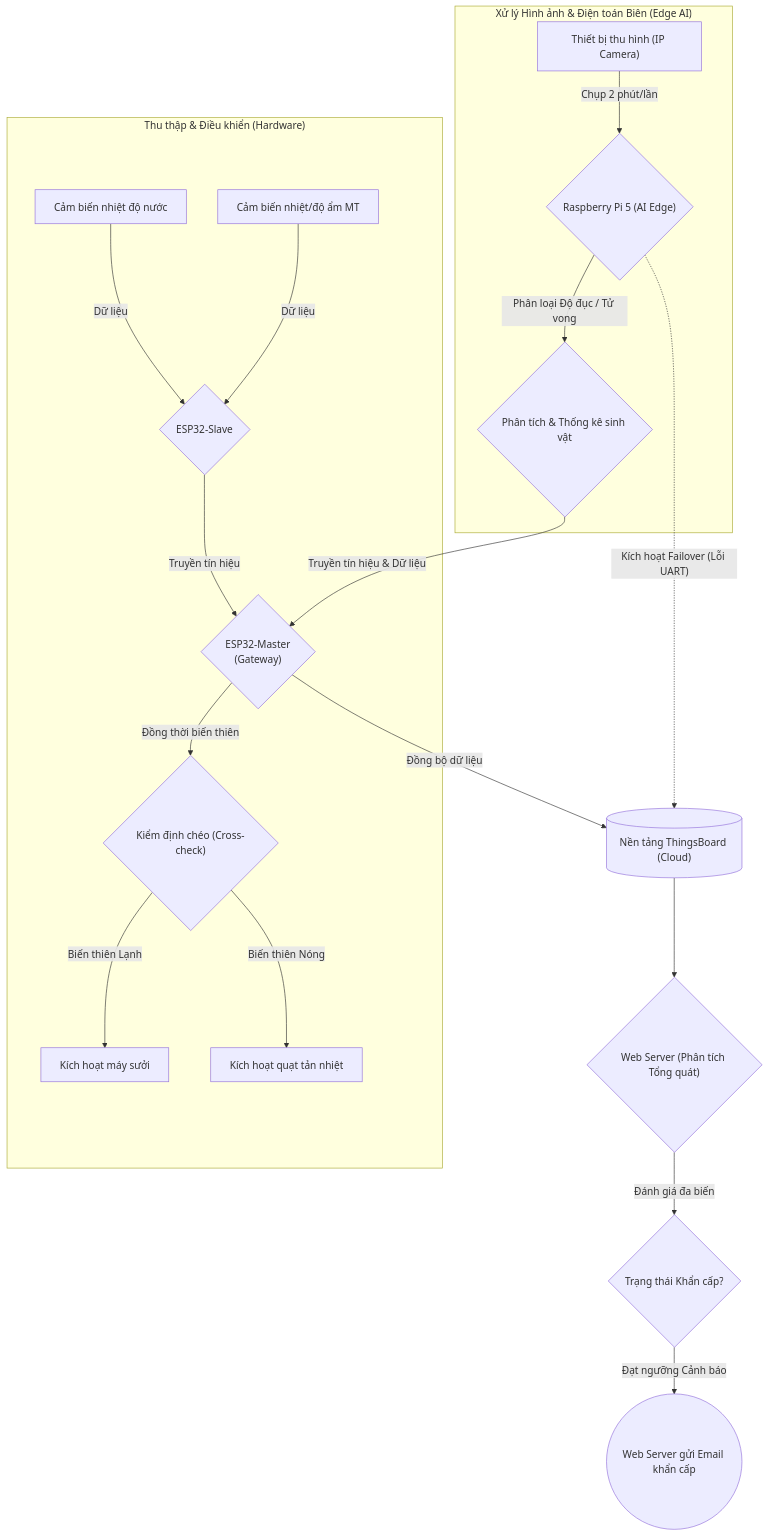
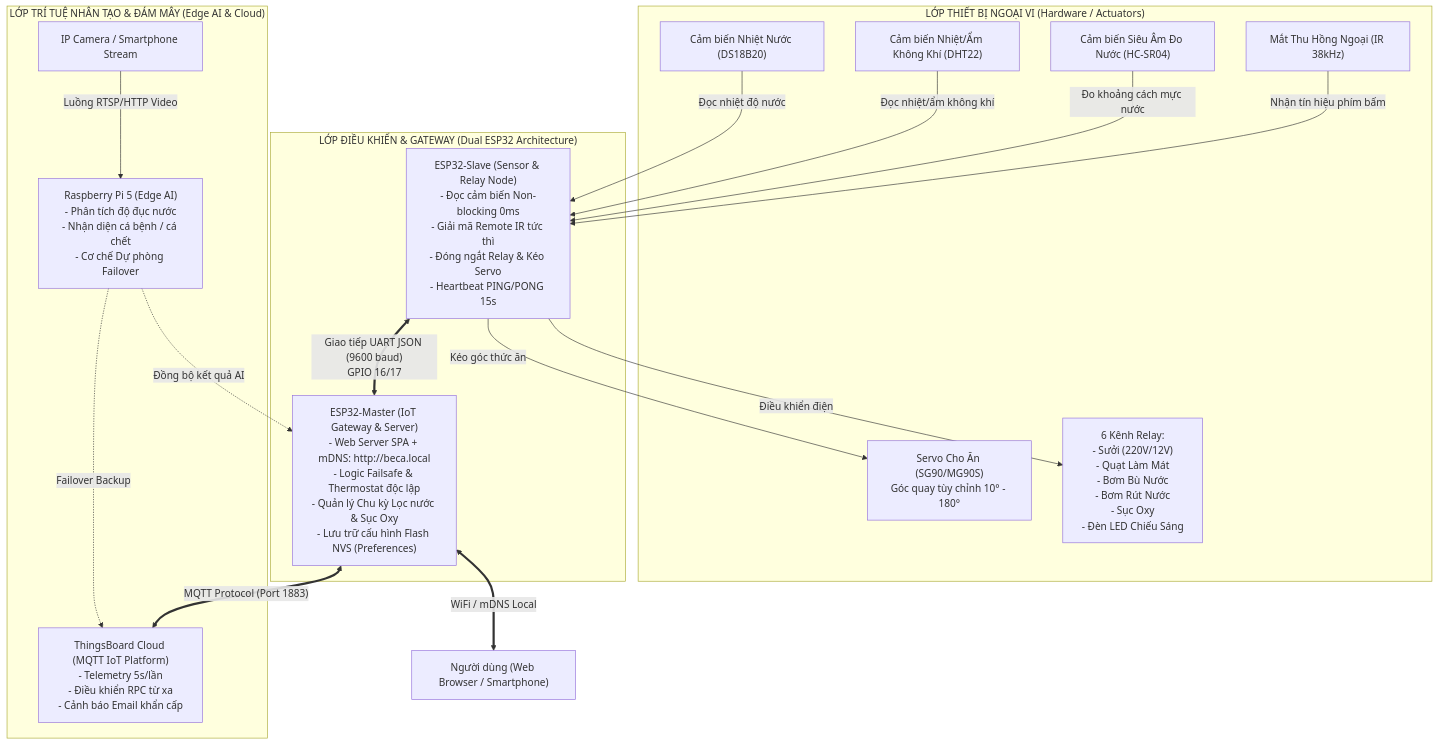
The diagram in README.md (talkwitht21-stack/HE_THONG_BE_CA_SIC), drawn with Mermaid before and after one commit. The commit also changed other lines of this file, not shown here.

Commit message:
docs(readme): Comprehensive documentation update covering Dual ESP32 architecture, hardware pinout, UART protocol, IR mapping, Water Filter & Cycle modes, Servo feed angle, and local mDNS Web UI

````diff
--- a/README.md
+++ b/README.md
@@ -112,28 +44,43 @@
 ```mermaid
 graph TD
-    %% Khối Cảm biến & ESP32
-    subgraph Hardware ["Thu thập & Điều khiển (Hardware)"]
-        S1["Cảm biến nhiệt độ nước"] -->|"Dữ liệu"| ESPSlave{"ESP32-Slave"}
-        S2["Cảm biến nhiệt/độ ẩm MT"] -->|"Dữ liệu"| ESPSlave
-        ESPSlave -->|"Truyền tín hiệu"| ESPMaster{"ESP32-Master<br/>(Gateway)"}
+    %% Khối Cảm biến & Cơ cấu chấp hành
+    subgraph HardwareLayer ["LỚP THIẾT BỊ NGOẠI VI (Hardware / Actuators)"]
+        DS18B20["Cảm biến Nhiệt Nước (DS18B20)"]
+        DHT22["Cảm biến Nhiệt/Ẩm Không Khí (DHT22)"]
+        HCSR04["Cảm biến Siêu Âm Đo Nước (HC-SR04)"]
+        IR_REC["Mắt Thu Hồng Ngoại (IR 38kHz)"]
         
-        ESPMaster -->|"Đồng thời biến thiên"| Check{"Kiểm định chéo (Cross-check)"}
-        Check -->|"Biến thiên Lạnh"| H_ON["Kích hoạt máy sưởi"]
-        Check -->|"Biến thiên Nóng"| F_ON["Kích hoạt quạt tản nhiệt"]
+        RELAYS["6 Kênh Relay:<br/>- Sưởi (220V/12V)<br/>- Quạt Làm Mát<br/>- Bơm Bù Nước<br/>- Bơm Rút Nước<br/>- Sục Oxy<br/>- Đèn LED Chiếu Sáng"]
+        SERVO["Servo Cho Ăn (SG90/MG90S)<br/>Góc quay tùy chỉnh 10° - 180°"]
     end
 
-    %% Khối AI Camera & Pi 5
-    subgraph EdgeAI ["Xử lý Hình ảnh & Điện toán Biên (Edge AI)"]
-        IPCam["Thiết bị thu hình (IP Camera)"] -->|"Chụp 2 phút/lần"| Pi5{"Raspberry Pi 5 (AI Edge)"}
-        Pi5 -->|"Phân loại Độ đục / Tử vong"| Verify{"Phân tích & Thống kê sinh vật"}
-        Verify -->|"Truyền tín hiệu & Dữ liệu"| ESPMaster
+    %% Khối Vi Điều Khiển
+    subgraph ControllerLayer ["LỚP ĐIỀU KHIỂN & GATEWAY (Dual ESP32 Architecture)"]
+        ESPSlave["ESP32-Slave (Sensor & Relay Node)<br/>- Đọc cảm biến Non-blocking 0ms<br/>- Giải mã Remote IR tức thì<br/>- Đóng ngắt Relay & Kéo Servo<br/>- Heartbeat PING/PONG 15s"]
+        ESPMaster["ESP32-Master (IoT Gateway & Server)<br/>- Web Server SPA + mDNS: http://beca.local<br/>- Logic Failsafe & Thermostat độc lập<br/>- Quản lý Chu kỳ Lọc nước & Sục Oxy<br/>- Lưu trữ cấu hình Flash NVS (Preferences)"]
     end
 
-    %% Khối Cảnh báo & Lưu trữ
-    ESPMaster -->|"Đồng bộ dữ liệu"| Cloud[("Nền tảng ThingsBoard (Cloud)")]
-    Pi5 -.->|"Kích hoạt Failover (Lỗi UART)"| Cloud
+    %% Khối AI & Đám mây
+    subgraph CloudAndAI ["LỚP TRÍ TUỆ NHÂN TẠO & ĐÁM MÂY (Edge AI & Cloud)"]
+        IPCam["IP Camera / Smartphone Stream"]
+        RPi5["Raspberry Pi 5 (Edge AI)<br/>- Phân tích độ đục nước<br/>- Nhận diện cá bệnh / cá chết<br/>- Cơ chế Dự phòng Failover"]
+        ThingsBoard["ThingsBoard Cloud (MQTT IoT Platform)<br/>- Telemetry 5s/lần<br/>- Điều khiển RPC từ xa<br/>- Cảnh báo Email khẩn cấp"]
+    end
+
+    %% Kết nối vật lý và truyền thông
+    DS18B20 -->|"Đọc nhiệt độ nước"| ESPSlave
+    DHT22 -->|"Đọc nhiệt/ẩm không khí"| ESPSlave
+    HCSR04 -->|"Đo khoảng cách mực nước"| ESPSlave
+    IR_REC -->|"Nhận tín hiệu phím bấm"| ESPSlave
     
-    Cloud --> WebServer{"Web Server (Phân tích Tổng quát)"}
-    WebServer -->|"Đánh giá đa biến"| AI_Check{"Trạng thái Khẩn cấp?"}
-    AI_Check -->|"Đạt ngưỡng Cảnh báo"| Alert(("Web Server gửi Email khẩn cấp"))
+    ESPSlave -->|"Điều khiển điện"| RELAYS
+    ESPSlave -->|"Kéo góc thức ăn"| SERVO
+
+    ESPSlave <==>|"Giao tiếp UART JSON (9600 baud)<br/>GPIO 16/17"| ESPMaster
+    IPCam -->|"Luồng RTSP/HTTP Video"| RPi5
+    RPi5 -.->|"Đồng bộ kết quả AI"| ESPMaster
+
+    ESPMaster <==>|"WiFi / mDNS Local"| WebClient["Người dùng (Web Browser / Smartphone)"]
+    ESPMaster <==>|"MQTT Protocol (Port 1883)"| ThingsBoard
+    RPi5 -.->|"Failover Backup"| ThingsBoard
 ```
````
